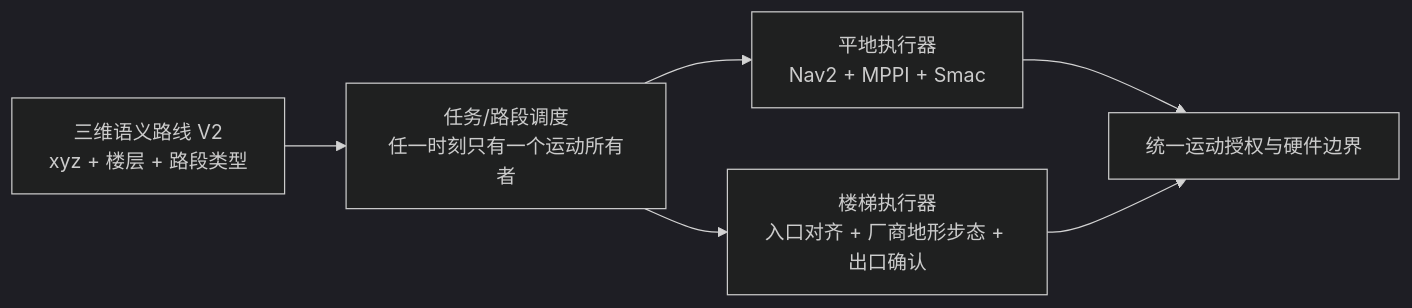
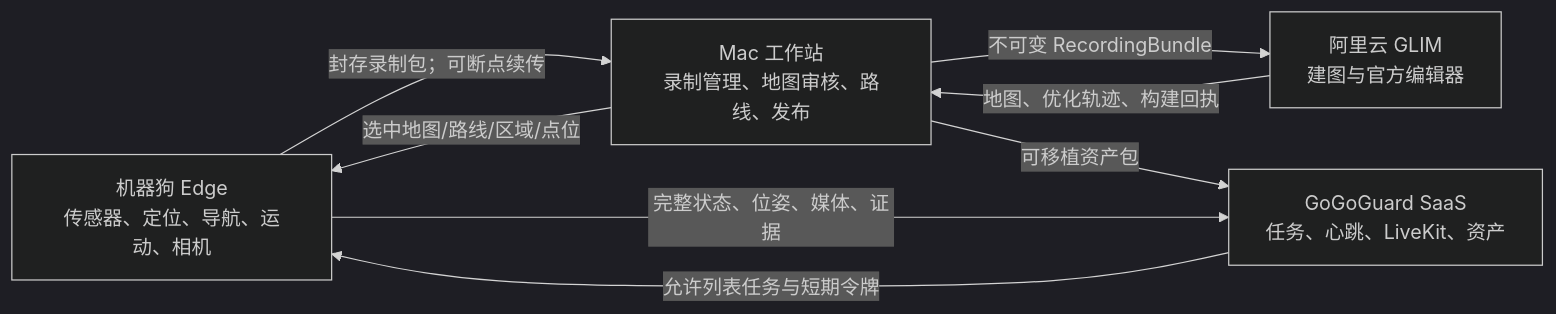
Before and after one commit to crb12546/gogoguard-robot-inspection-v2: the first of 2 diagrams in docs/INSPECTION_SYSTEM_TECHNICAL_GUIDE.md, drawn with Mermaid (dark theme). The commit also changed other lines of this file and 27 other files, not shown here.

````diff
--- a/docs/INSPECTION_SYSTEM_TECHNICAL_GUIDE.md
+++ b/docs/INSPECTION_SYSTEM_TECHNICAL_GUIDE.md
@@ -178,8 +49,15 @@
 ```mermaid
 flowchart LR
-    routeV2["三维语义路线 V2<br/>xyz + 楼层 + 路段类型"] --> router["任务/路段调度<br/>任一时刻只有一个运动所有者"]
-    router --> flat["平地执行器<br/>Nav2 + MPPI + Smac"]
-    router --> stair["楼梯执行器<br/>入口对齐 + 厂商地形步态 + 出口确认"]
-    flat --> motion["统一运动授权与硬件边界"]
-    stair --> motion
+    robot["机器狗 Edge<br/>传感器、定位、导航、运动、相机"]
+    mac["Mac 工作站<br/>录制管理、地图审核、路线、发布"]
+    cloud["阿里云 GLIM<br/>建图与官方编辑器"]
+    saas["GoGoGuard SaaS<br/>任务、心跳、LiveKit、资产"]
+
+    robot -- "封存录制包；可断点续传" --> mac
+    mac -- "不可变 RecordingBundle" --> cloud
+    cloud -- "地图、优化轨迹、构建回执" --> mac
+    mac -- "选中地图/路线/区域/点位" --> robot
+    mac -- "可移植资产包" --> saas
+    saas -- "允许列表任务与短期令牌" --> robot
+    robot -- "完整状态、位姿、媒体、证据" --> saas
 ```
````
